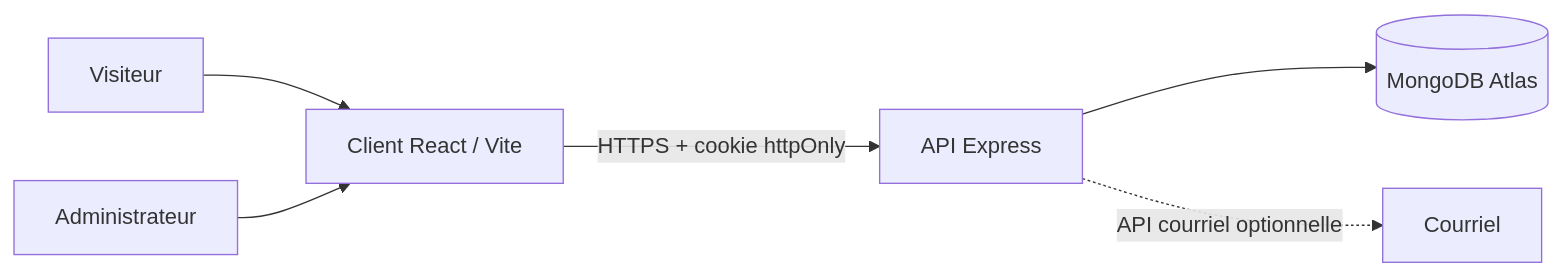
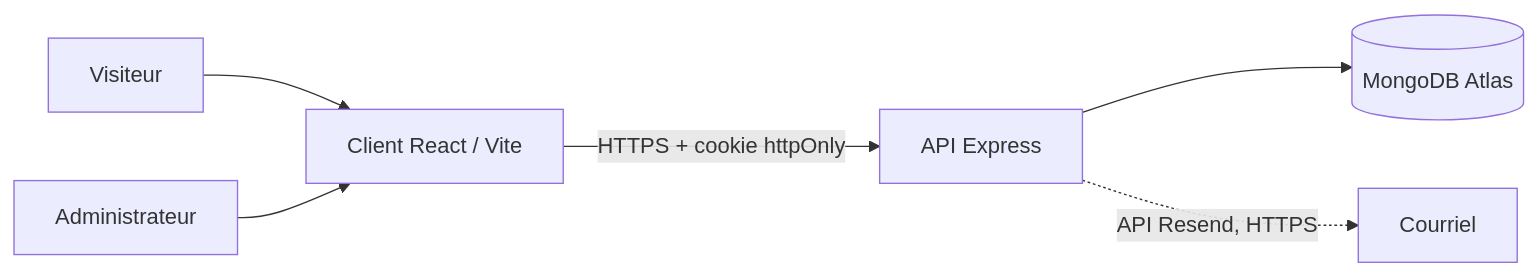
Before and after one commit to Harley-80/portfolio: the first of 4 diagrams in README.md, drawn with Mermaid. The commit also changed other lines of this file, not shown here.

First line of the commit message:
docs: met à jour le README (étape 4 livrée, notification par courriel, corrections)

````diff
--- a/README.md
+++ b/README.md
@@ -59,8 +62,8 @@
 ```mermaid
 flowchart LR
     V[Visiteur] --> C[Client React / Vite]
     A[Administrateur] --> C
     C -->|HTTPS + cookie httpOnly| S[API Express]
     S --> M[(MongoDB Atlas)]
-    S -.->|API courriel optionnelle| E[Courriel]
+    S -.->|API Resend, HTTPS| E[Courriel]
 ```
````
